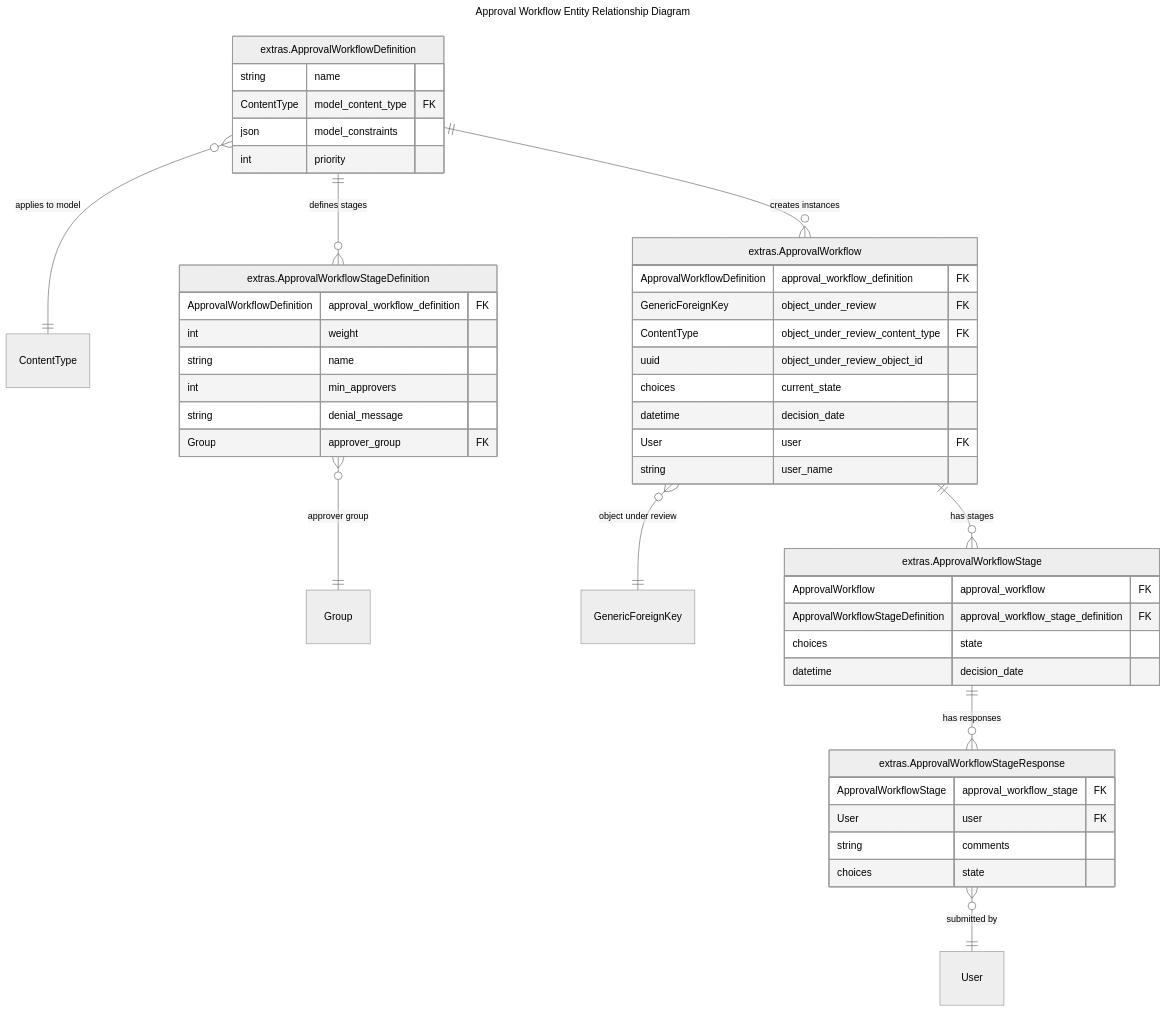
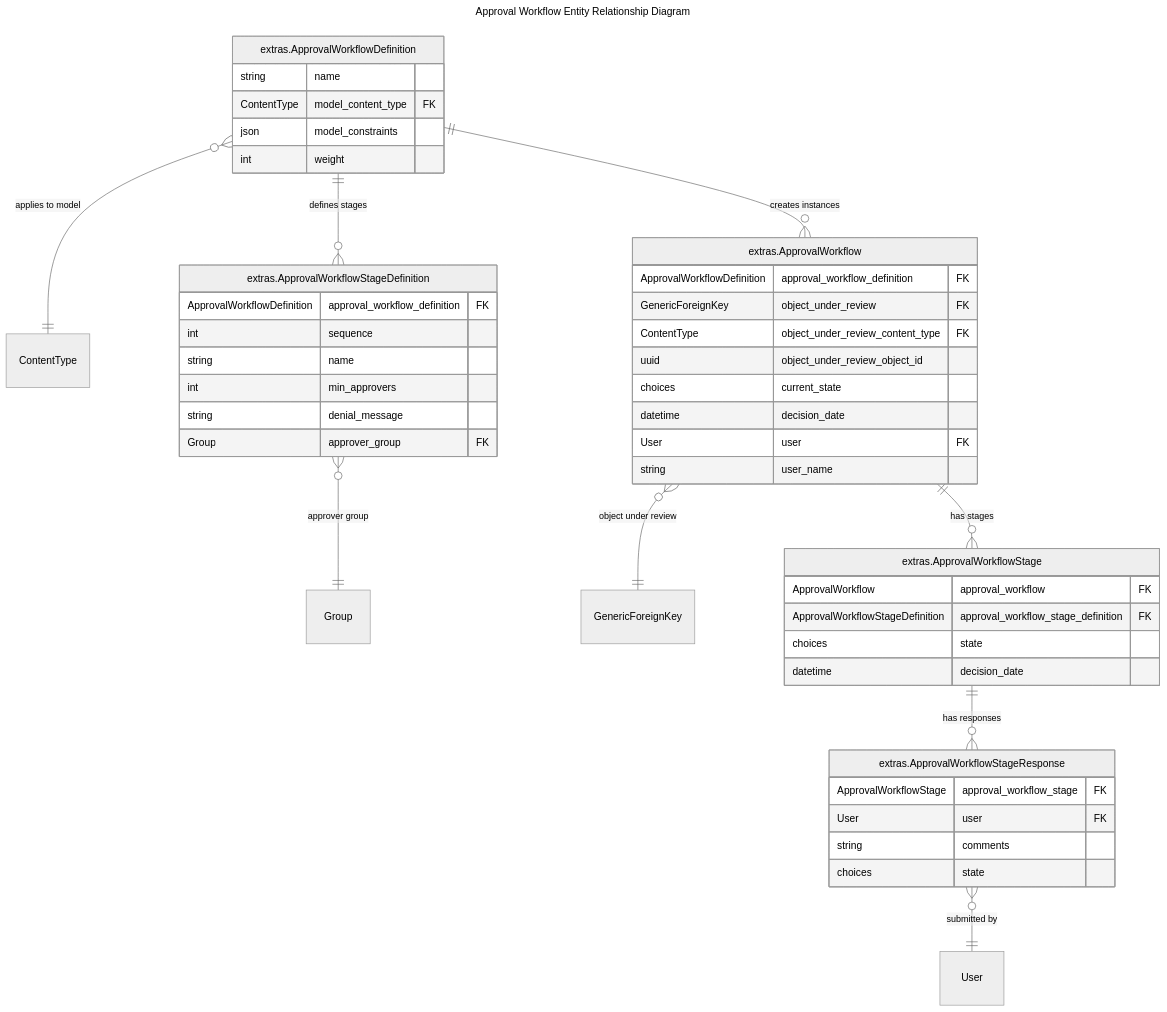
One commit to nautobot/nautobot changed the diagram in nautobot/docs/user-guide/platform-functionality/approval-workflow.md. Above: the diagram before and after it, drawn with Mermaid (neutral theme). The commit also changed other lines of this file and 2 other files, not shown here.

````diff
--- a/nautobot/docs/user-guide/platform-functionality/approval-workflow.md
+++ b/nautobot/docs/user-guide/platform-functionality/approval-workflow.md
@@ -21,56 +21,56 @@
 ```mermaid
 ---
 title: Approval Workflow Entity Relationship Diagram
 ---
 erDiagram
     "extras.ApprovalWorkflowDefinition" {
         string name
         ContentType model_content_type FK
         json model_constraints
-        int priority
+        int weight
     }
     "extras.ApprovalWorkflowStageDefinition" {
         ApprovalWorkflowDefinition approval_workflow_definition FK
-        int weight
+        int sequence
         string name
         int min_approvers
         string denial_message
         Group approver_group FK
     }
     "extras.ApprovalWorkflow" {
         ApprovalWorkflowDefinition approval_workflow_definition FK
         GenericForeignKey object_under_review FK
         ContentType object_under_review_content_type FK
         uuid object_under_review_object_id
         choices current_state
         datetime decision_date
         User user FK
         string user_name
     }
     "extras.ApprovalWorkflowStage" {
         ApprovalWorkflow approval_workflow FK
         ApprovalWorkflowStageDefinition approval_workflow_stage_definition FK
         choices state
         datetime decision_date
     }
     "extras.ApprovalWorkflowStageResponse" {
         ApprovalWorkflowStage approval_workflow_stage FK
         User user FK
         string comments
         choices state
     }
 
     "contenttypes.ContentType"[ContentType] {}
     "users.User"[User] {}
     "users.Group"[Group] {}
     "models.GenericForeignKey"[GenericForeignKey] {}
 
     "extras.ApprovalWorkflowDefinition" }o--|| "contenttypes.ContentType": "applies to model"
     "extras.ApprovalWorkflowDefinition" ||--o{ "extras.ApprovalWorkflowStageDefinition": "defines stages"
     "extras.ApprovalWorkflowStageDefinition" }o--|| "users.Group": "approver group"
     "extras.ApprovalWorkflowDefinition" ||--o{ "extras.ApprovalWorkflow": "creates instances"
     "extras.ApprovalWorkflow" }o--|| "models.GenericForeignKey": "object under review"
     "extras.ApprovalWorkflow" ||--o{ "extras.ApprovalWorkflowStage": "has stages"
     "extras.ApprovalWorkflowStage" ||--o{ "extras.ApprovalWorkflowStageResponse": "has responses"
     "extras.ApprovalWorkflowStageResponse" }o--|| "users.User": "submitted by"
 ```
````
